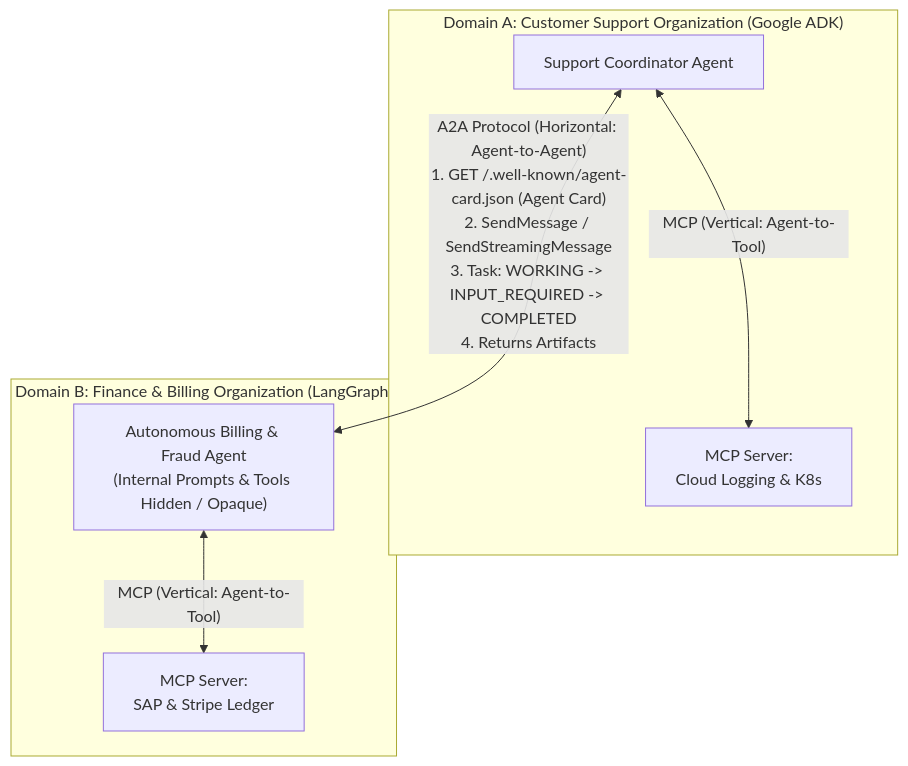
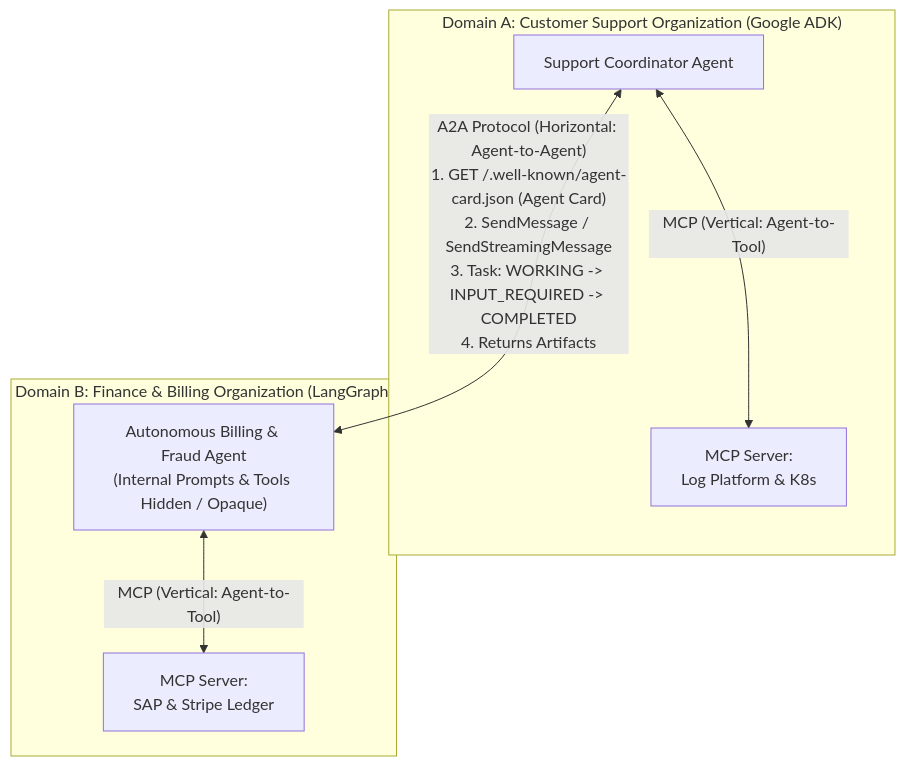
One commit to Rajdipc/agentic-ai-orchestration-patterns changed the third of 3 diagrams in chapter-09-mcp-and-a2a-interoperability.md. Above: the diagram before and after it, drawn with Mermaid. The commit also changed other lines of this file and 18 other files, not shown here.

````diff
--- a/chapter-09-mcp-and-a2a-interoperability.md
+++ b/chapter-09-mcp-and-a2a-interoperability.md
@@ -185,14 +185,14 @@
 ```mermaid
 flowchart TD
     subgraph ClientOrg["Domain A: Customer Support Organization (Google ADK)"]
         Sup["Support Coordinator Agent"]
-        Sup <-->|"MCP (Vertical: Agent-to-Tool)"| MCP_Logs["MCP Server:<br/>Cloud Logging & K8s"]
+        Sup <-->|"MCP (Vertical: Agent-to-Tool)"| MCP_Logs["MCP Server:<br/>Log Platform & K8s"]
     end
 
     subgraph PartnerOrg["Domain B: Finance & Billing Organization (LangGraph)"]
         FinAgent["Autonomous Billing & Fraud Agent<br/>(Internal Prompts & Tools Hidden / Opaque)"]
         FinAgent <-->|"MCP (Vertical: Agent-to-Tool)"| MCP_ERP["MCP Server:<br/>SAP & Stripe Ledger"]
     end
 
     Sup <-->|"A2A Protocol (Horizontal: Agent-to-Agent)<br/>1. GET /.well-known/agent-card.json (Agent Card)<br/>2. SendMessage / SendStreamingMessage<br/>3. Task: WORKING -> INPUT_REQUIRED -> COMPLETED<br/>4. Returns Artifacts"| FinAgent
 ```
````
